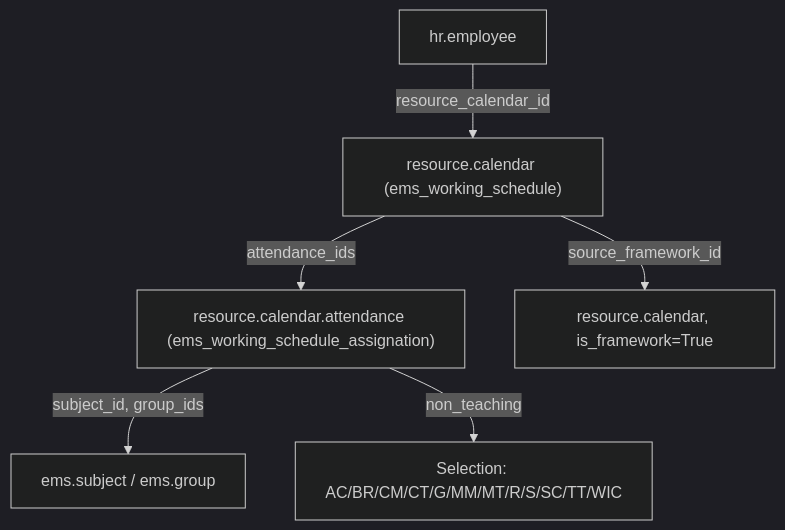
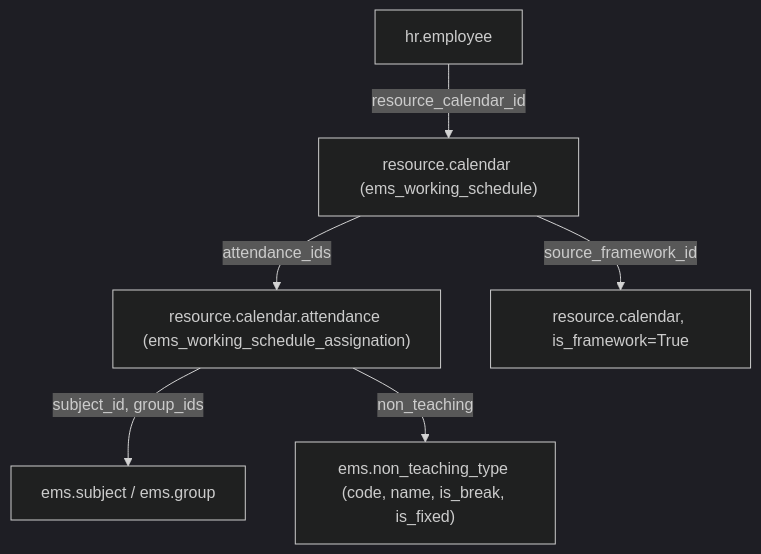
The first of 3 diagrams in docs/en/developers/employees/working_schedule.md (ElPuig/EMS), drawn with Mermaid (dark theme) before and after one commit. The commit also changed other lines of this file and 22 other files, not shown here.

````diff
--- a/docs/en/developers/employees/working_schedule.md
+++ b/docs/en/developers/employees/working_schedule.md
@@ -7,8 +7,8 @@
 ```mermaid
 graph TD
     C["resource.calendar (ems_working_schedule)"] -->|attendance_ids| A["resource.calendar.attendance (ems_working_schedule_assignation)"]
     C -->|source_framework_id| F["resource.calendar, is_framework=True"]
     E["hr.employee"] -->|resource_calendar_id| C
     A -->|subject_id, group_ids| S["ems.subject / ems.group"]
-    A -->|non_teaching| NT["Selection: AC/BR/CM/CT/G/MM/MT/R/S/SC/TT/WIC"]
+    A -->|non_teaching| NT["ems.non_teaching_type (code, name, is_break, is_fixed)"]
 ```
````
